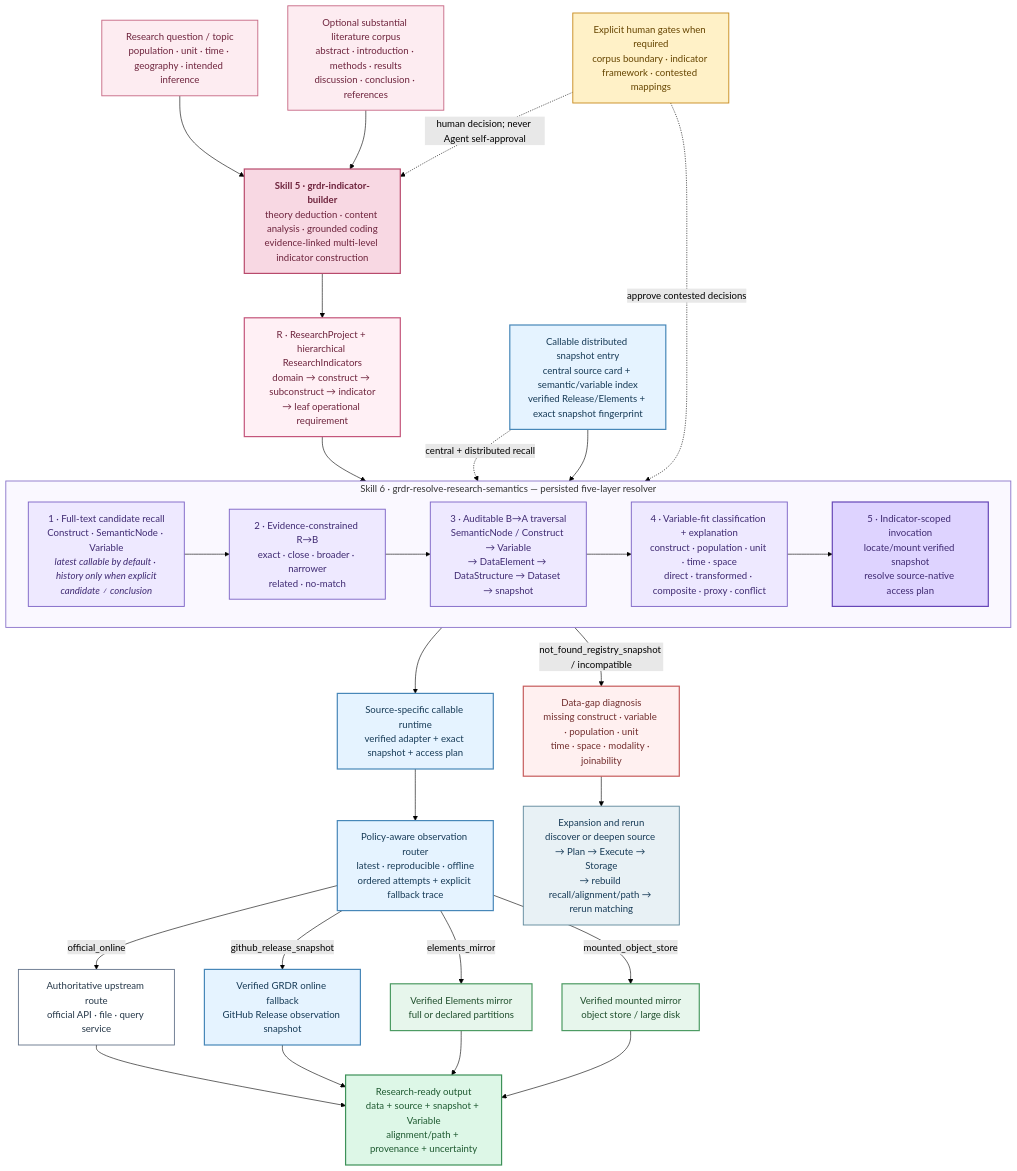
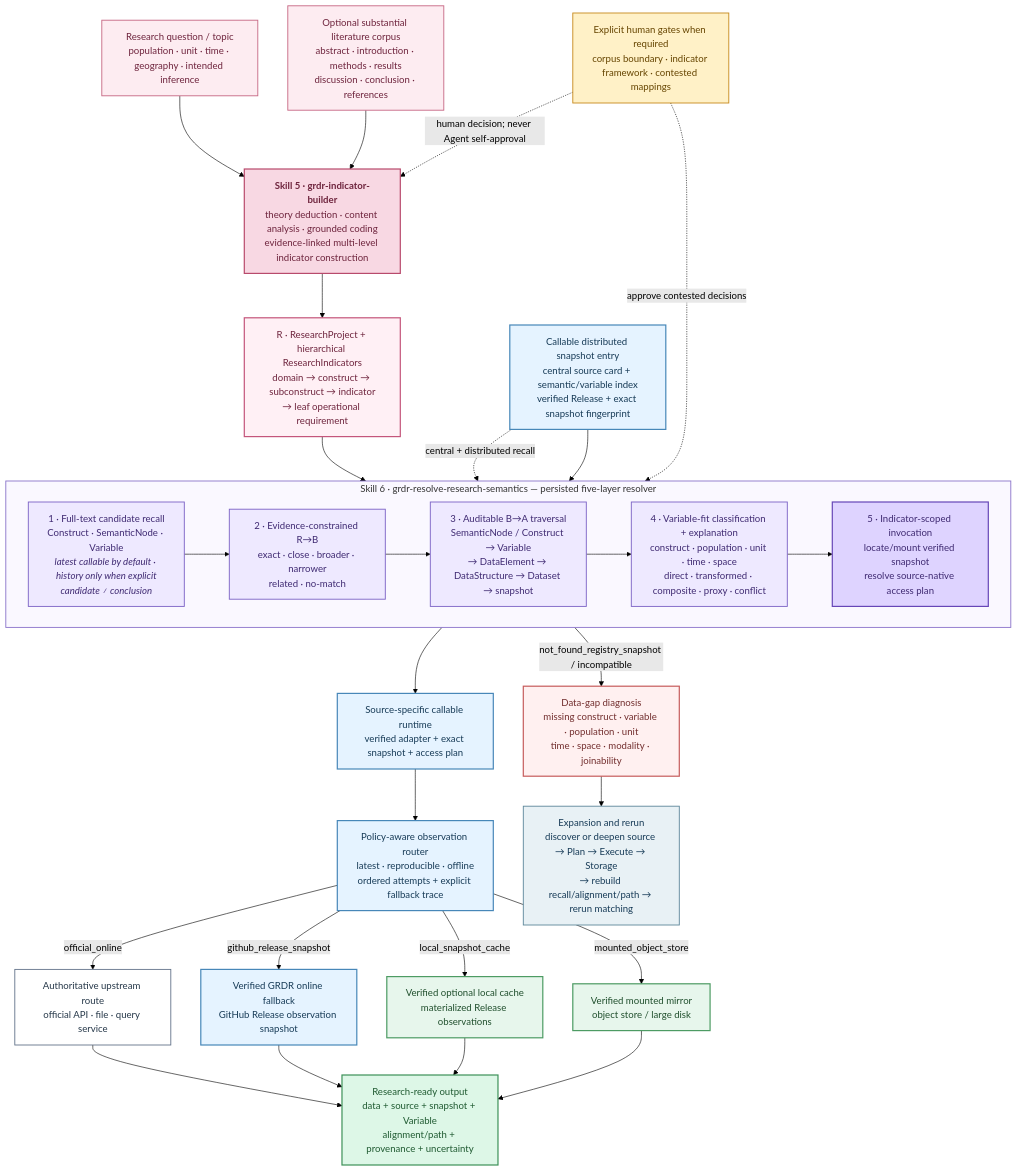
Before and after one commit to yangyuezh/grdr-core-version-archive: the fifth of 5 diagrams in README.md, drawn with Mermaid (forest theme). The commit also changed other lines of this file and 31 other files, not shown here.

Commit message:
release: make local cache optional and optimize runtime v4.4.0

````diff
--- a/README.md
+++ b/README.md
@@ -310,61 +318,61 @@
 ```mermaid
 flowchart TB
     QUESTION["Research question / topic<br/>population · unit · time · geography · intended inference"]:::research
     LITERATURE["Optional substantial literature corpus<br/>abstract · introduction · methods · results<br/>discussion · conclusion · references"]:::research
     BUILDER["<b>Skill 5 · grdr-indicator-builder</b><br/>theory deduction · content analysis · grounded coding<br/>evidence-linked multi-level indicator construction"]:::researchStrong
     R_TREE["R · ResearchProject + hierarchical ResearchIndicators<br/>domain → construct → subconstruct → indicator<br/>→ leaf operational requirement"]:::rNode
     HUMAN["Explicit human gates when required<br/>corpus boundary · indicator framework · contested mappings"]:::gate
 
     QUESTION --> BUILDER
     LITERATURE --> BUILDER
     HUMAN -. "human decision; never Agent self-approval" .-> BUILDER
     BUILDER --> R_TREE
 
-    SNAPSHOT["Callable distributed snapshot entry<br/>central source card + semantic/variable index<br/>verified Release/Elements + exact snapshot fingerprint"]:::runtime
+    SNAPSHOT["Callable distributed snapshot entry<br/>central source card + semantic/variable index<br/>verified Release + exact snapshot fingerprint"]:::runtime
 
     subgraph FIVE["Skill 6 · grdr-resolve-research-semantics — persisted five-layer resolver"]
         direction LR
         RECALL["1 · Full-text candidate recall<br/>Construct · SemanticNode · Variable<br/><i>latest callable by default · history only when explicit<br/>candidate ≠ conclusion</i>"]:::resolver
         ALIGN["2 · Evidence-constrained R→B<br/>exact · close · broader · narrower<br/>related · no-match"]:::resolver
         TRAVERSE["3 · Auditable B→A traversal<br/>SemanticNode / Construct → Variable<br/>→ DataElement → DataStructure → Dataset → snapshot"]:::resolver
         FIT["4 · Variable-fit classification + explanation<br/>construct · population · unit · time · space<br/>direct · transformed · composite · proxy · conflict"]:::resolver
         INVOKE["5 · Indicator-scoped invocation<br/>locate/mount verified snapshot<br/>resolve source-native access plan"]:::resolverStrong
         RECALL --> ALIGN --> TRAVERSE --> FIT --> INVOKE
     end
 
     R_TREE --> RECALL
     SNAPSHOT -. "central + distributed recall" .-> RECALL
     SNAPSHOT --> INVOKE
     HUMAN -. "approve contested decisions" .-> FIT
 
     SOURCE_RUNTIME["Source-specific callable runtime<br/>verified adapter + exact snapshot + access plan"]:::runtime
     ROUTER["Policy-aware observation router<br/>latest · reproducible · offline<br/>ordered attempts + explicit fallback trace"]:::runtime
-    LOCAL["Verified Elements mirror<br/>full or declared partitions"]:::local
+    LOCAL["Verified optional local cache<br/>materialized Release observations"]:::local
     MOUNTED["Verified mounted mirror<br/>object store / large disk"]:::local
     RELEASE_ROUTE["Verified GRDR online fallback<br/>GitHub Release observation snapshot"]:::runtime
     UPSTREAM["Authoritative upstream route<br/>official API · file · query service"]:::external
     RESULT["Research-ready output<br/>data + source + snapshot + Variable<br/>alignment/path + provenance + uncertainty"]:::result
     GAP["Data-gap diagnosis<br/>missing construct · variable · population · unit<br/>time · space · modality · joinability"]:::gap
     EXPAND["Expansion and rerun<br/>discover or deepen source → Plan → Execute → Storage<br/>→ rebuild recall/alignment/path → rerun matching"]:::shared
 
     INVOKE --> SOURCE_RUNTIME --> ROUTER
     ROUTER -->|"official_online"| UPSTREAM --> RESULT
     ROUTER -->|"github_release_snapshot"| RELEASE_ROUTE --> RESULT
-    ROUTER -->|"elements_mirror"| LOCAL --> RESULT
+    ROUTER -->|"local_snapshot_cache"| LOCAL --> RESULT
     ROUTER -->|"mounted_object_store"| MOUNTED --> RESULT
     FIT -->|"not_found_registry_snapshot / incompatible"| GAP --> EXPAND
 
     classDef research fill:#FDECF1,stroke:#C76884,color:#6E243D,stroke-width:1.5px;
     classDef researchStrong fill:#F8D8E3,stroke:#B84A6C,color:#6E243D,stroke-width:2px;
     classDef rNode fill:#FFF0F5,stroke:#C4557B,color:#6E243D,stroke-width:2px;
     classDef gate fill:#FFF1C7,stroke:#C78A1D,color:#664500,stroke-width:1.5px;
     classDef resolver fill:#EEE9FF,stroke:#7B62C5,color:#3F2A72,stroke-width:1.5px;
     classDef resolverStrong fill:#DED3FF,stroke:#6646B7,color:#3F2A72,stroke-width:2px;
     classDef runtime fill:#E5F3FF,stroke:#4787B8,color:#173B57,stroke-width:2px;
     classDef local fill:#E7F6EC,stroke:#4D9B63,color:#204F2D,stroke-width:2px;
     classDef external fill:#FFFFFF,stroke:#64748B,color:#263849,stroke-width:1.5px;
     classDef result fill:#DDF7E7,stroke:#3D9158,color:#1F5A31,stroke-width:2px;
     classDef gap fill:#FFF0F0,stroke:#C65C5C,color:#722E2E,stroke-width:2px;
     classDef shared fill:#E8F1F5,stroke:#5E879A,color:#173B57,stroke-width:1.5px;
     style FIVE fill:#FAF8FF,stroke:#8A74CA,stroke-width:1.5px
 ```
````
